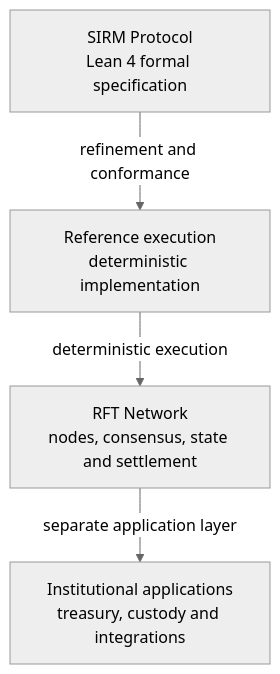
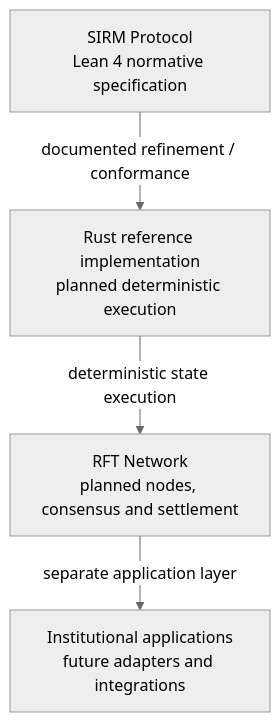
Before and after one commit to RFT-SIRM/SIRM-Financial-Infrastructure: the diagram in README.md, drawn with Mermaid (neutral theme). The commit also changed other lines of this file and 3 other files, not shown here.

````diff
--- a/README.md
+++ b/README.md
@@ -96,11 +95,11 @@
 ```mermaid
 flowchart TB
-    A["SIRM Protocol<br/>Lean 4 formal specification"]
-    B["Reference execution<br/>deterministic implementation"]
-    C["RFT Network<br/>nodes, consensus, state and settlement"]
-    D["Institutional applications<br/>treasury, custody and integrations"]
+    A["SIRM Protocol<br/>Lean 4 normative specification"]
+    B["Rust reference implementation<br/>planned deterministic execution"]
+    C["RFT Network<br/>planned nodes, consensus and settlement"]
+    D["Institutional applications<br/>future adapters and integrations"]
 
-    A -->|"refinement and conformance"| B
-    B -->|"deterministic execution"| C
+    A -->|"documented refinement / conformance"| B
+    B -->|"deterministic state execution"| C
     C -->|"separate application layer"| D
 ```
````
